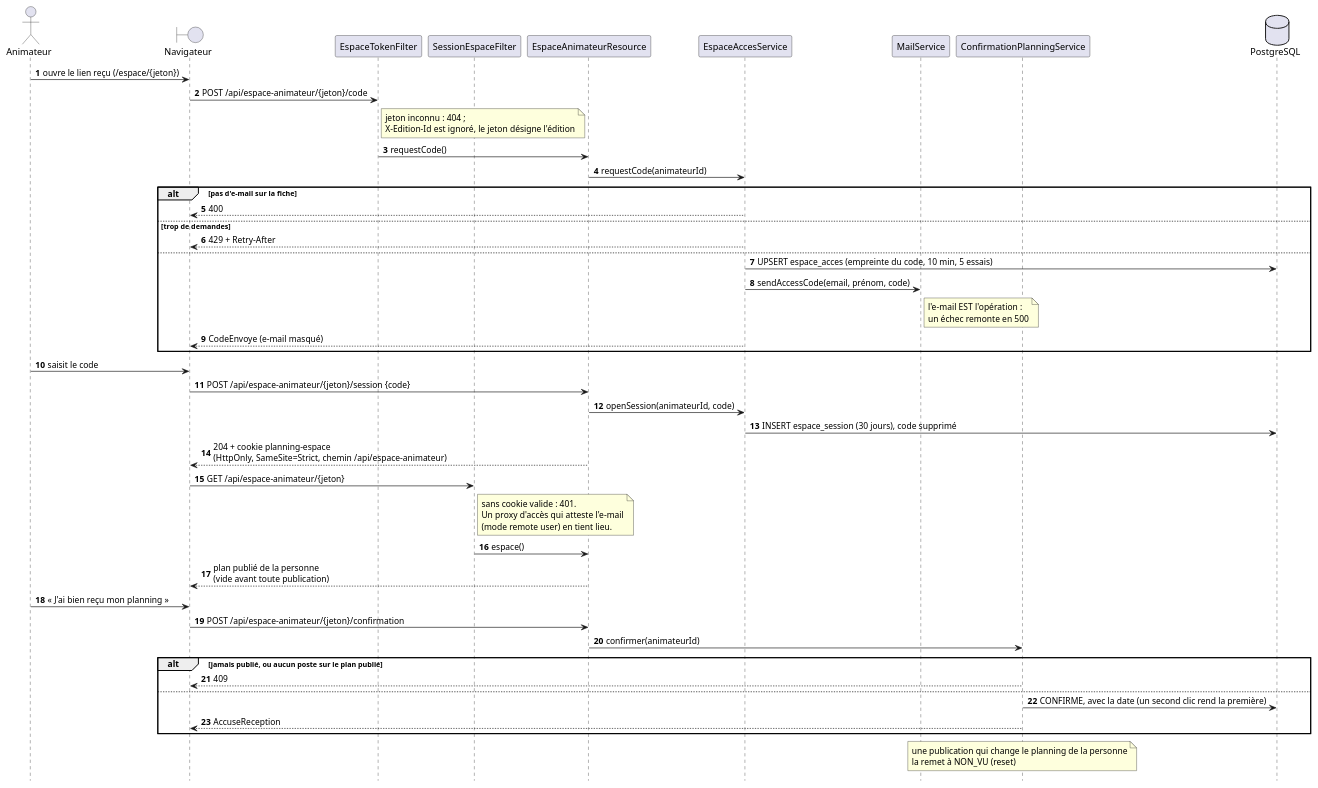
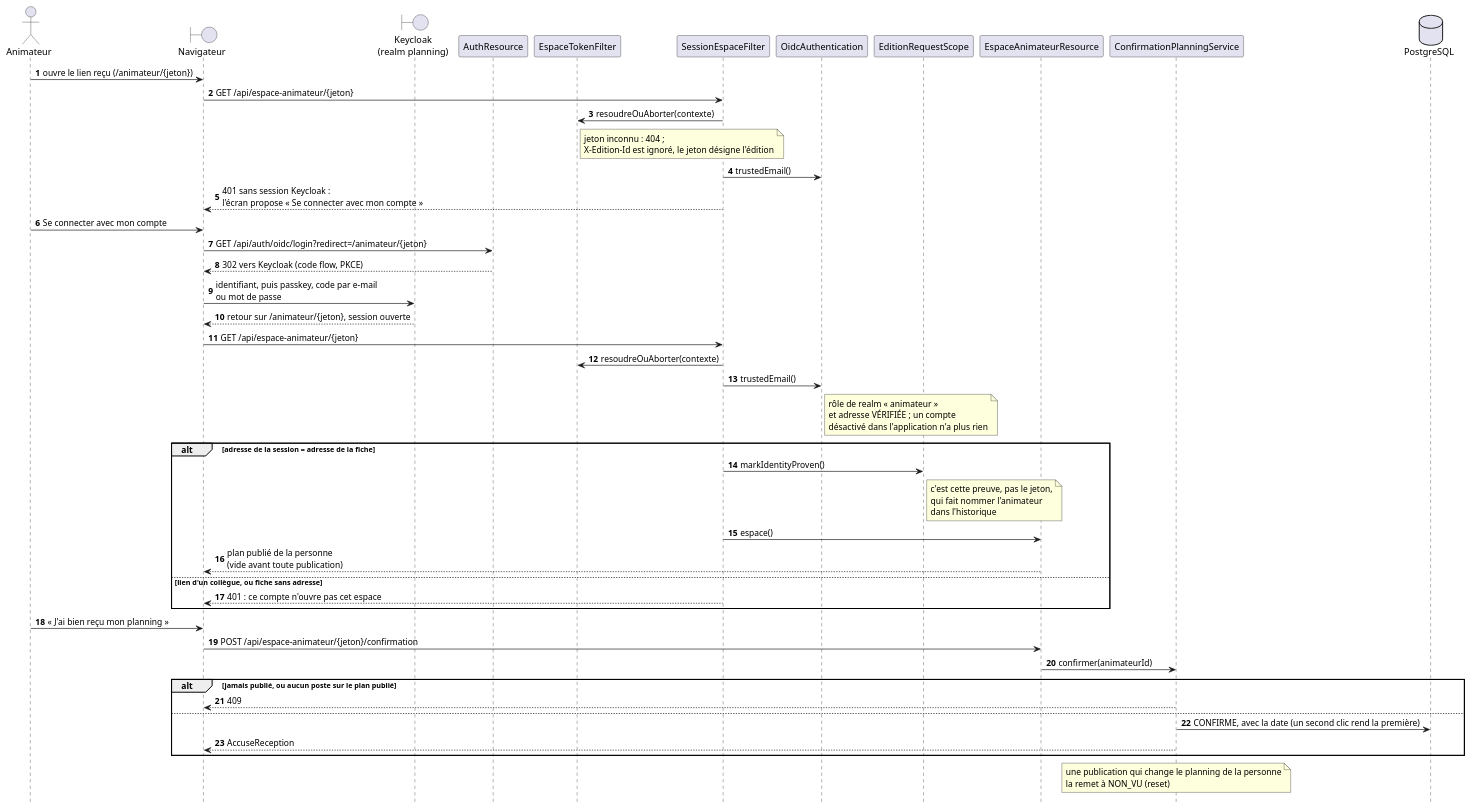
The diagram in docs/diagrammes/espace-animateur.puml (sylvainmetayer/planning-equipes), drawn with PlantUML before and after one commit. The commit also changed 5 other files, not shown here.

First line of the commit message:
docs(diagrammes): redessiner connexion, espace et MCP pour Keycloak

```diff
--- a/docs/diagrammes/espace-animateur.puml
+++ b/docs/diagrammes/espace-animateur.puml
@@ -1,58 +1,59 @@
 @startuml
-' Entrer dans son espace : le lien personnel désigne la fiche, le code à six
-' chiffres reçu par e-mail ouvre une session de 30 jours. L'espace ne montre
-' que le plan publié. Voir docs/api.md, « Espace animateur » et
-' « Accusé de réception du planning ».
+' Entrer dans son espace : le lien personnel désigne la fiche, la session
+' Keycloak dit qui frappe — son adresse vérifiée doit être celle de la fiche.
+' L'espace ne montre que le plan publié. Voir docs/api.md, « Espace
+' animateur » et « Accusé de réception du planning », et docs/keycloak.md.
 skinparam backgroundColor #FFFFFF
 skinparam responseMessageBelowArrow true
 hide footbox
 autonumber
 
 actor "Animateur" as animateur
 boundary "Navigateur" as front
+boundary "Keycloak\n(realm planning)" as keycloak
+participant AuthResource as auth
 participant EspaceTokenFilter as jeton
 participant SessionEspaceFilter as session
+participant OidcAuthentication as oidc
+participant EditionRequestScope as portee
 participant EspaceAnimateurResource as espace
-participant EspaceAccesService as acces
-participant MailService as mails
 participant ConfirmationPlanningService as confirmations
 database PostgreSQL as db
 
-animateur -> front : ouvre le lien reçu (/espace/{jeton})
-front -> jeton : POST /api/espace-animateur/{jeton}/code
+animateur -> front : ouvre le lien reçu (/animateur/{jeton})
+front -> session : GET /api/espace-animateur/{jeton}
+session -> jeton : resoudreOuAborter(contexte)
 note right of jeton : jeton inconnu : 404 ;\nX-Edition-Id est ignoré, le jeton désigne l'édition
-jeton -> espace : requestCode()
-espace -> acces : requestCode(animateurId)
-alt pas d'e-mail sur la fiche
-  acces --> front : 400
-else trop de demandes
-  acces --> front : 429 + Retry-After
-else
-  acces -> db : UPSERT espace_acces (empreinte du code, 10 min, 5 essais)
-  acces -> mails : sendAccessCode(email, prénom, code)
-  note right of mails : l'e-mail EST l'opération :\nun échec remonte en 500
-  acces --> front : CodeEnvoye (e-mail masqué)
-end
+session -> oidc : trustedEmail()
+session --> front : 401 sans session Keycloak :\nl'écran propose « Se connecter avec mon compte »
 
-animateur -> front : saisit le code
-front -> espace : POST /api/espace-animateur/{jeton}/session {code}
-espace -> acces : openSession(animateurId, code)
-acces -> db : INSERT espace_session (30 jours), code supprimé
-espace --> front : 204 + cookie planning-espace\n(HttpOnly, SameSite=Strict, chemin /api/espace-animateur)
+animateur -> front : Se connecter avec mon compte
+front -> auth : GET /api/auth/oidc/login?redirect=/animateur/{jeton}
+auth --> front : 302 vers Keycloak (code flow, PKCE)
+front -> keycloak : identifiant, puis passkey, code par e-mail\nou mot de passe
+keycloak --> front : retour sur /animateur/{jeton}, session ouverte
 
 front -> session : GET /api/espace-animateur/{jeton}
-note right of session : sans cookie valide : 401.\nUn proxy d'accès qui atteste l'e-mail\n(mode remote user) en tient lieu.
-session -> espace : espace()
-espace --> front : plan publié de la personne\n(vide avant toute publication)
+session -> jeton : resoudreOuAborter(contexte)
+session -> oidc : trustedEmail()
+note right of oidc : rôle de realm « animateur »\net adresse VÉRIFIÉE ; un compte\ndésactivé dans l'application n'a plus rien
+alt adresse de la session = adresse de la fiche
+  session -> portee : markIdentityProven()
+  note right of portee : c'est cette preuve, pas le jeton,\nqui fait nommer l'animateur\ndans l'historique
+  session -> espace : espace()
+  espace --> front : plan publié de la personne\n(vide avant toute publication)
+else lien d'un collègue, ou fiche sans adresse
+  session --> front : 401 : ce compte n'ouvre pas cet espace
+end
 
 animateur -> front : « J'ai bien reçu mon planning »
 front -> espace : POST /api/espace-animateur/{jeton}/confirmation
 espace -> confirmations : confirmer(animateurId)
 alt jamais publié, ou aucun poste sur le plan publié
   confirmations --> front : 409
 else
   confirmations -> db : CONFIRME, avec la date (un second clic rend la première)
   confirmations --> front : AccuseReception
 end
 note over confirmations : une publication qui change le planning de la personne\nla remet à NON_VU (reset)
 @enduml
```
